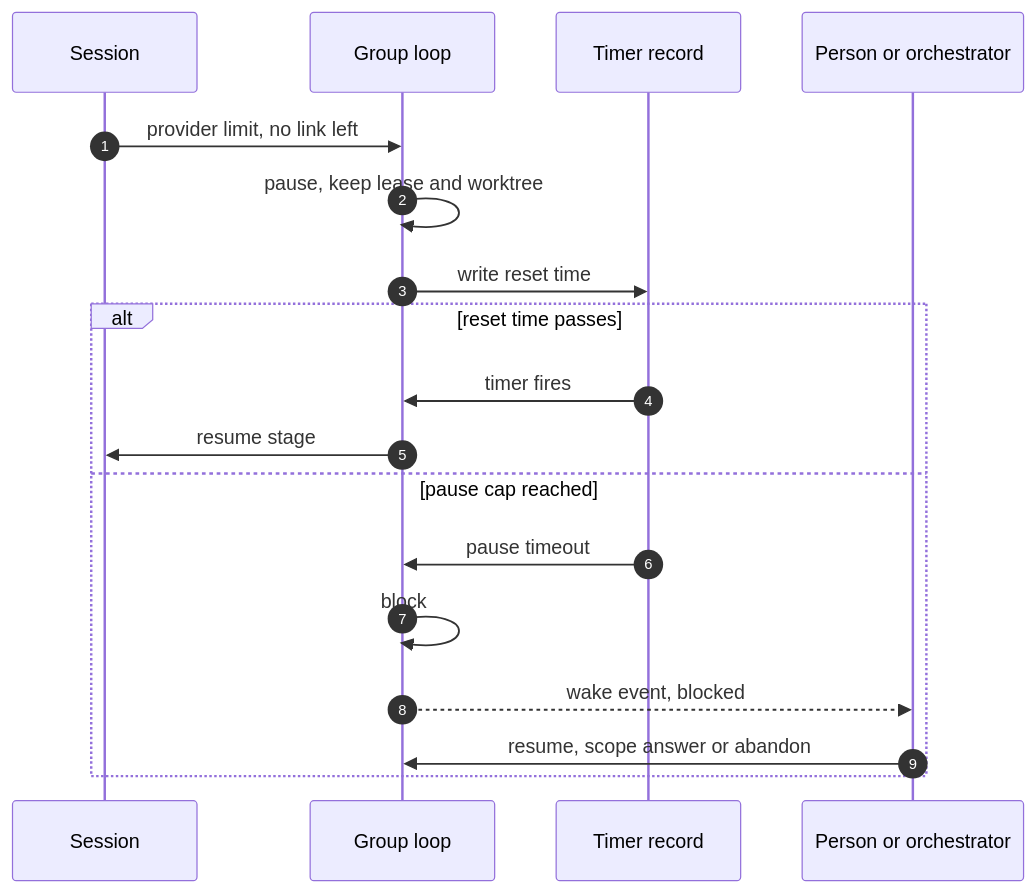
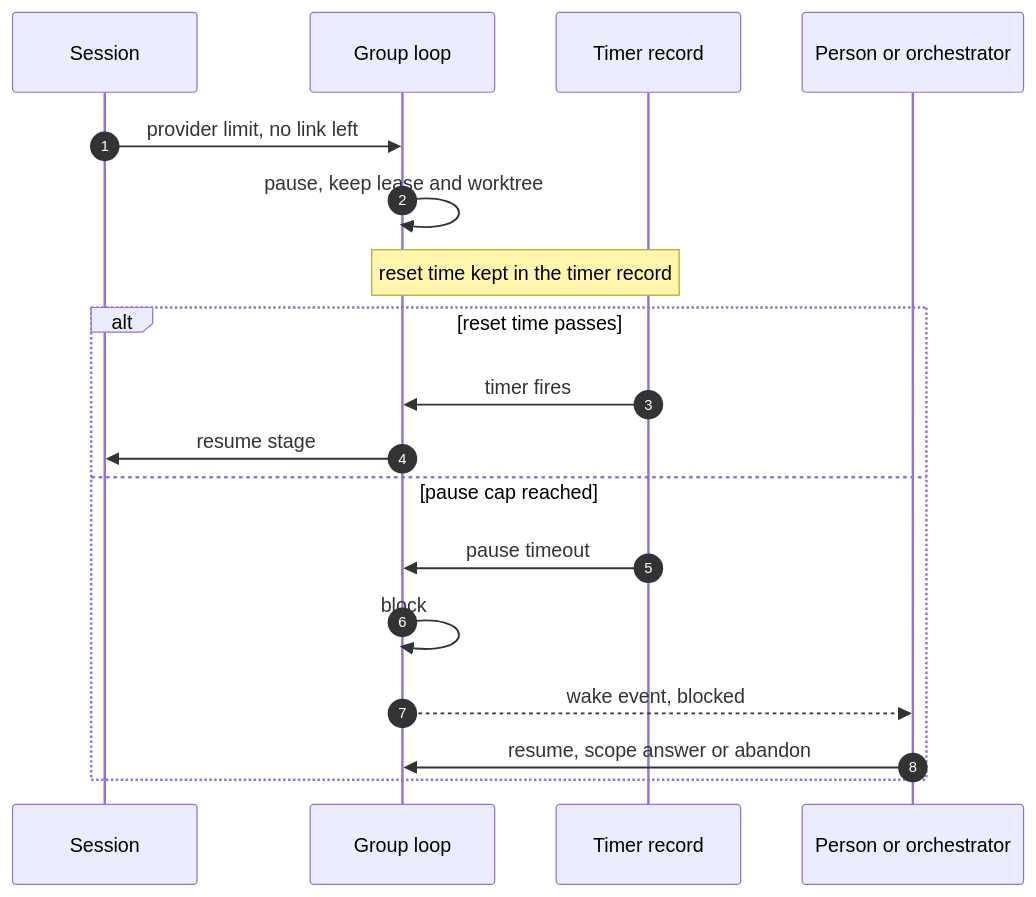
Diagram 35 of 45 in docs/hld.md (rdevitto86/komodo-agentic-harness-coding), drawn with Mermaid before and after one commit. The commit also changed other lines of this file, not shown here.

````diff
--- a/docs/hld.md
+++ b/docs/hld.md
@@ -1616,20 +1631,20 @@
 ```mermaid
 sequenceDiagram
   autonumber
   participant X as Session
   participant E as Group loop
   participant T as Timer record
   participant H as Person or orchestrator
   X->>E: provider limit, no link left
   E->>E: pause, keep lease and worktree
-  E->>T: write reset time
+  Note over E,T: reset time kept in the timer record
   alt reset time passes
     T->>E: timer fires
     E->>X: resume stage
   else pause cap reached
     T->>E: pause timeout
     E->>E: block
     E-->>H: wake event, blocked
     H->>E: resume, scope answer or abandon
   end
 ```
````
